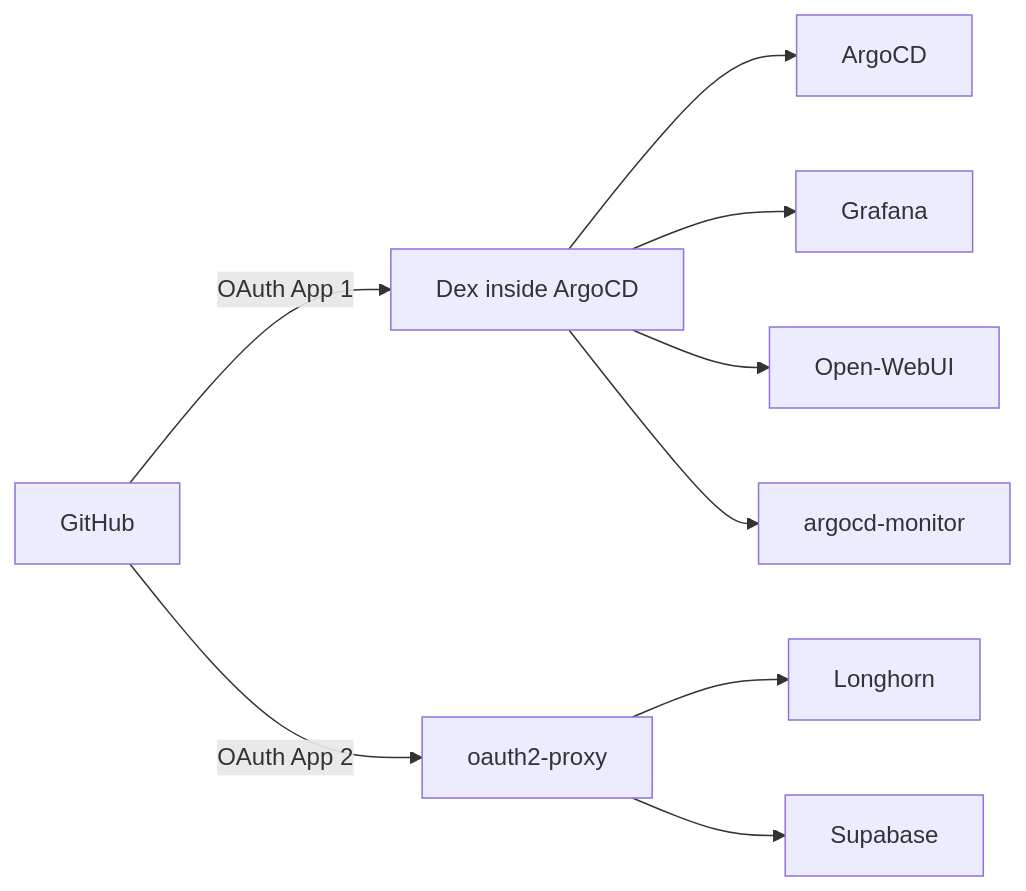
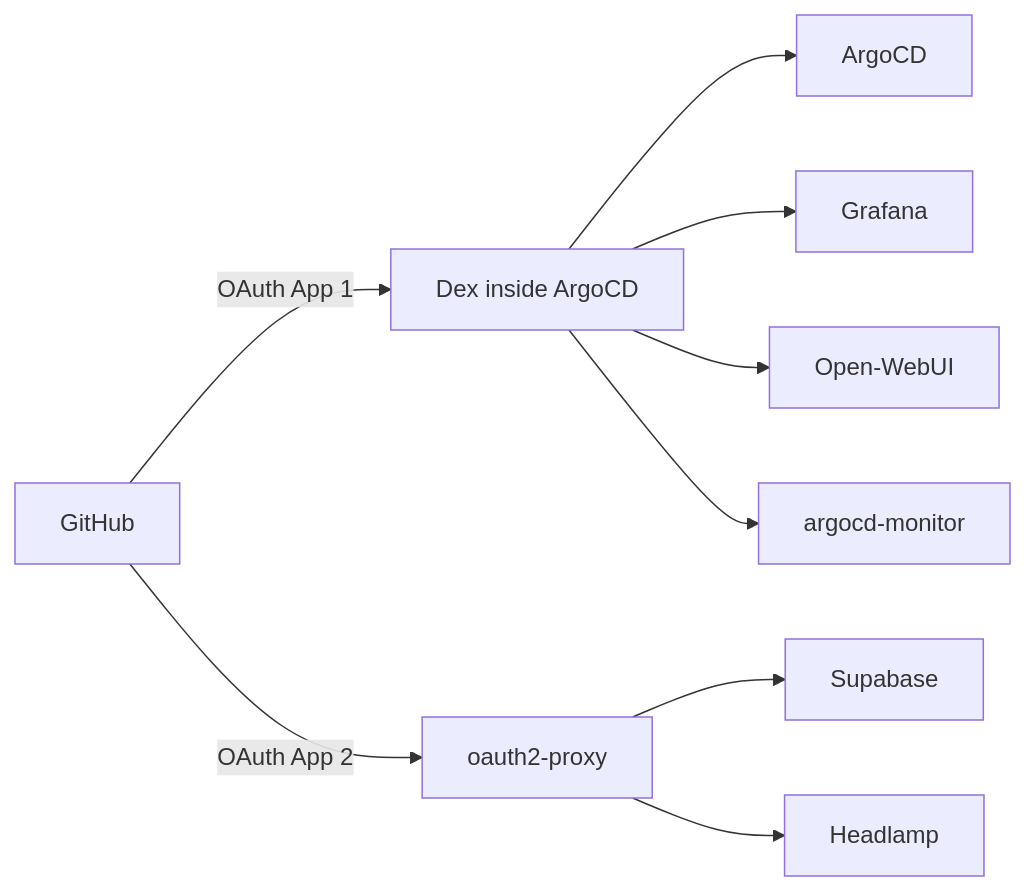
Before and after one commit to gilesknap/tpi-k3s-ansible: the diagram in docs/how-to/oauth-setup.md, drawn with Mermaid. The commit also changed other lines of this file and 22 other files, not shown here.

````diff
--- a/docs/how-to/oauth-setup.md
+++ b/docs/how-to/oauth-setup.md
@@ -14,17 +14,17 @@
 ```{mermaid}
 flowchart LR
     GH[GitHub]
     DEX[Dex inside ArgoCD]
     OAP[oauth2-proxy]
 
     GH -->|OAuth App 1| DEX
     GH -->|OAuth App 2| OAP
 
     DEX --> ArgoCD
     DEX --> Grafana
     DEX --> Open-WebUI
     DEX --> argocd-monitor
 
-    OAP --> Longhorn
     OAP --> Supabase
+    OAP --> Headlamp
 ```
````
